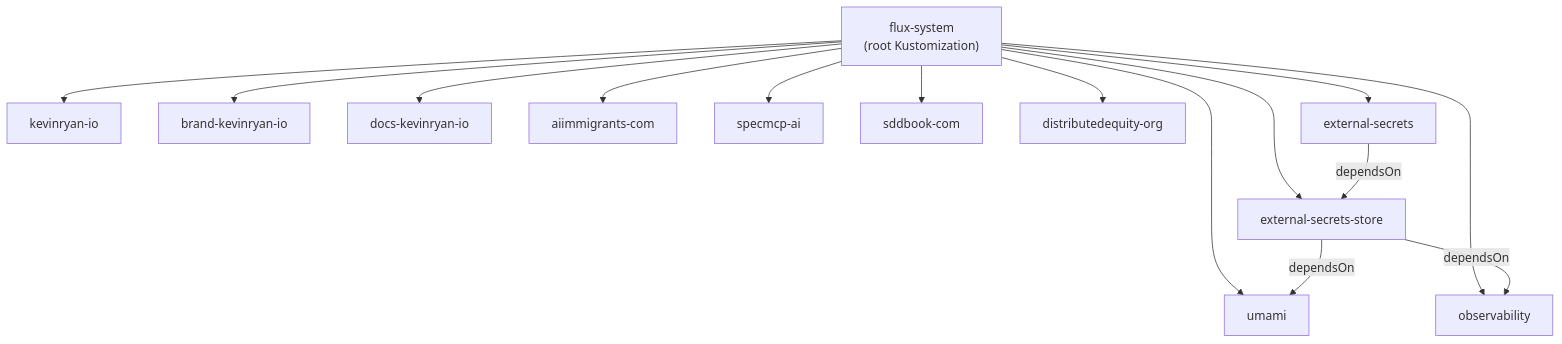
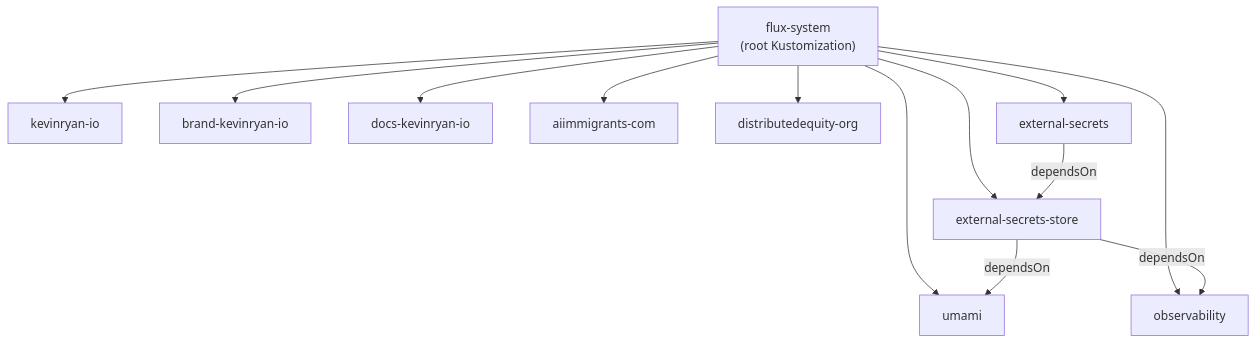
One commit to DevOpsKev/kevinryan-io changed the second of 2 diagrams in docs/flux-cd.md. Above: the diagram before and after it, drawn with Mermaid. The commit also changed other lines of this file and 45 other files, not shown here.

````diff
--- a/docs/flux-cd.md
+++ b/docs/flux-cd.md
@@ -93,20 +91,18 @@
 ```mermaid
 graph TD
     root["flux-system<br/>(root Kustomization)"]
 
     root --> kr["kevinryan-io"]
     root --> brand["brand-kevinryan-io"]
     root --> docs["docs-kevinryan-io"]
     root --> ai["aiimmigrants-com"]
-    root --> spec["specmcp-ai"]
-    root --> sdd["sddbook-com"]
     root --> de["distributedequity-org"]
     root --> es["external-secrets"]
     root --> ess["external-secrets-store"]
     root --> umami["umami"]
     root --> obs["observability"]
 
     es -->|dependsOn| ess
     ess -->|dependsOn| umami
     ess -->|dependsOn| obs
 ```
````
